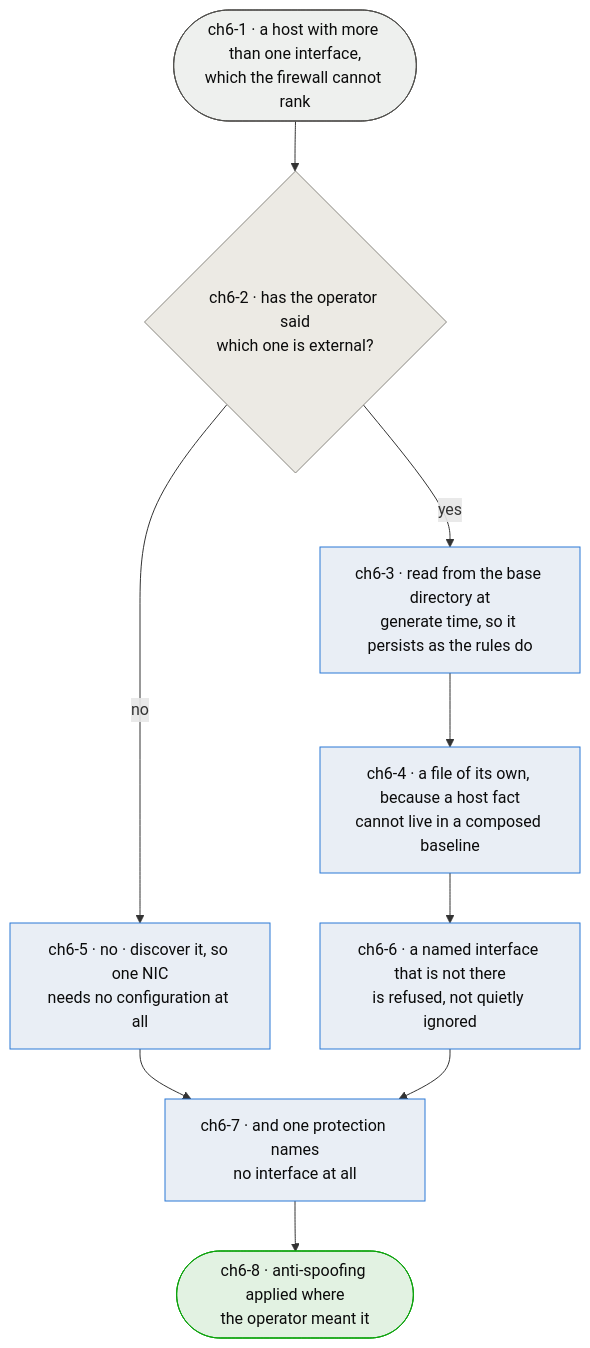
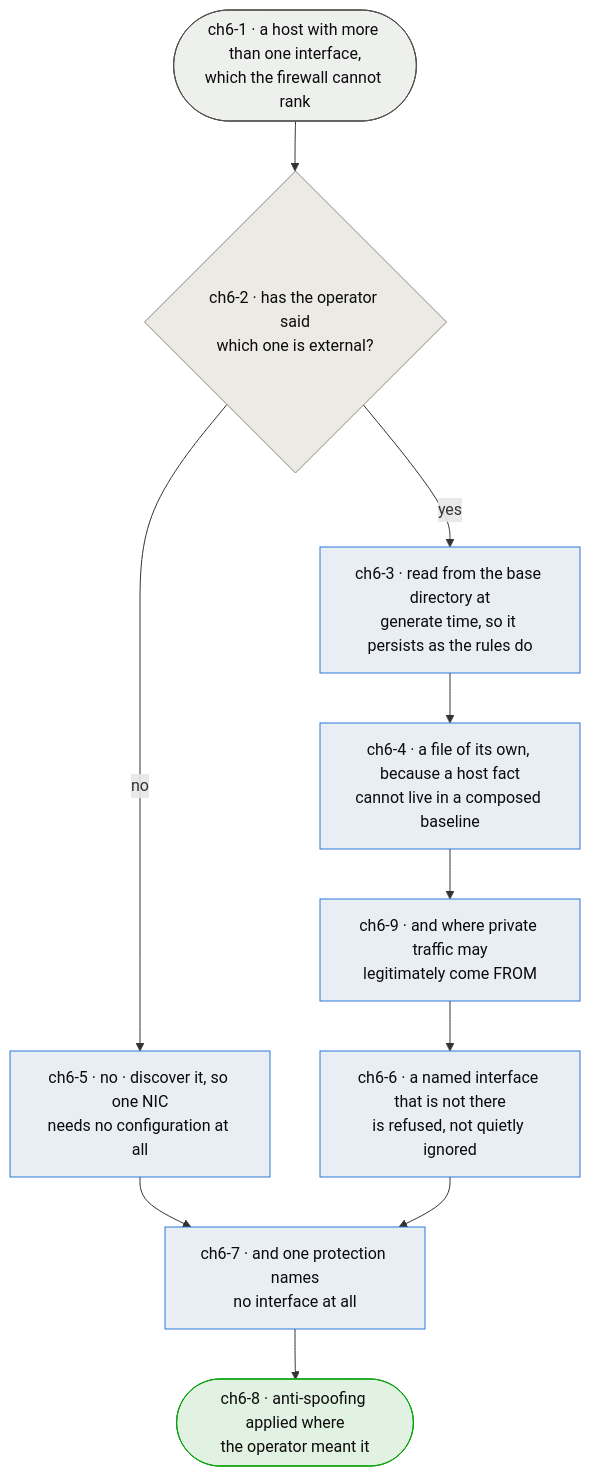
One commit to flattop5377/afirewall changed the diagram in spec/diagrams/chapter-06-external-interface.md. Above: the diagram before and after it, drawn with Mermaid. The commit also changed other lines of this file and 4 other files, not shown here.

````diff
--- a/spec/diagrams/chapter-06-external-interface.md
+++ b/spec/diagrams/chapter-06-external-interface.md
@@ -37,25 +37,27 @@
 ```mermaid
 flowchart TD
     HOST([ch6-1 · a host with more than one interface,<br/>which the firewall cannot rank]):::input
     STATED{ch6-2 · has the operator said<br/>which one is external?}:::decision
     READ[ch6-3 · read from the base directory at<br/>generate time, so it persists as the rules do]:::process
     SEP[ch6-4 · a file of its own, because a host fact<br/>cannot live in a composed baseline]:::process
     GUESS[ch6-5 · no · discover it, so one NIC<br/>needs no configuration at all]:::process
     REFUSE[ch6-6 · a named interface that is not there<br/>is refused, not quietly ignored]:::process
     ANYWAY[ch6-7 · and one protection names<br/>no interface at all]:::process
+    REACH[ch6-9 · and where private traffic may<br/>legitimately come FROM]:::process
     OUT([ch6-8 · anti-spoofing applied where<br/>the operator meant it]):::output
 
     HOST --> STATED
     STATED -->|yes| READ
     STATED -->|no| GUESS
     READ --> SEP
-    SEP --> REFUSE
+    SEP --> REACH
+    REACH --> REFUSE
     GUESS --> ANYWAY
     REFUSE --> ANYWAY
     ANYWAY --> OUT
 
     classDef input fill:#eef0ee,stroke:#52514e,color:#0b0b0b;
     classDef process fill:#e9eef5,stroke:#2a78d6,color:#0b0b0b;
     classDef decision fill:#eceae4,stroke:#898781,color:#0b0b0b;
     classDef output fill:#e2f2e2,stroke:#0ca30c,color:#0b0b0b;
 ```
````
